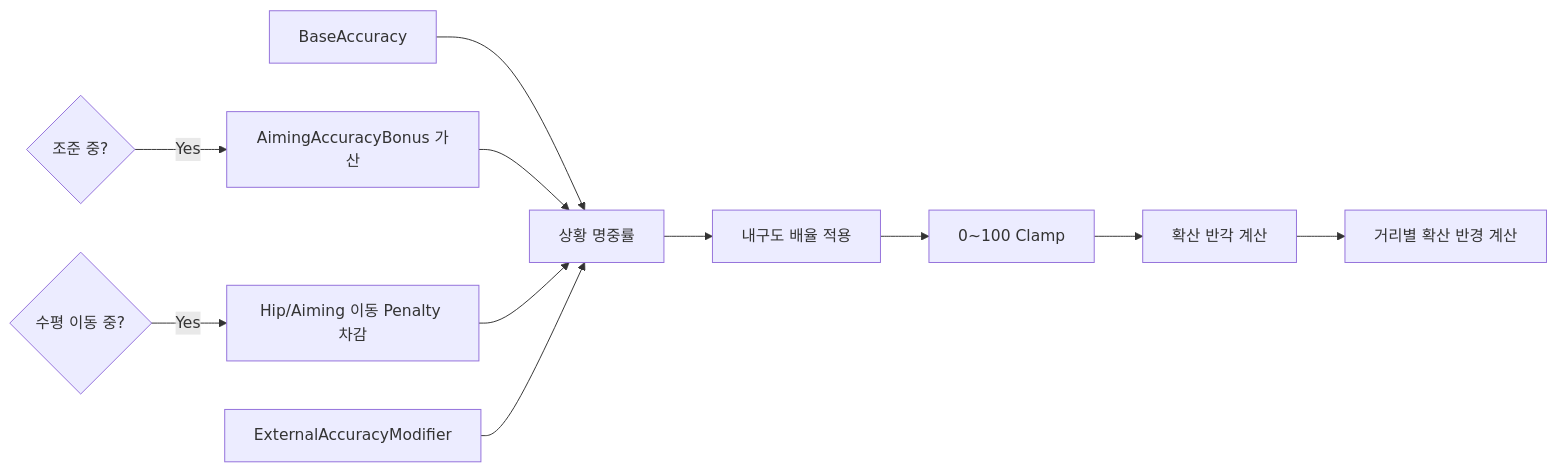
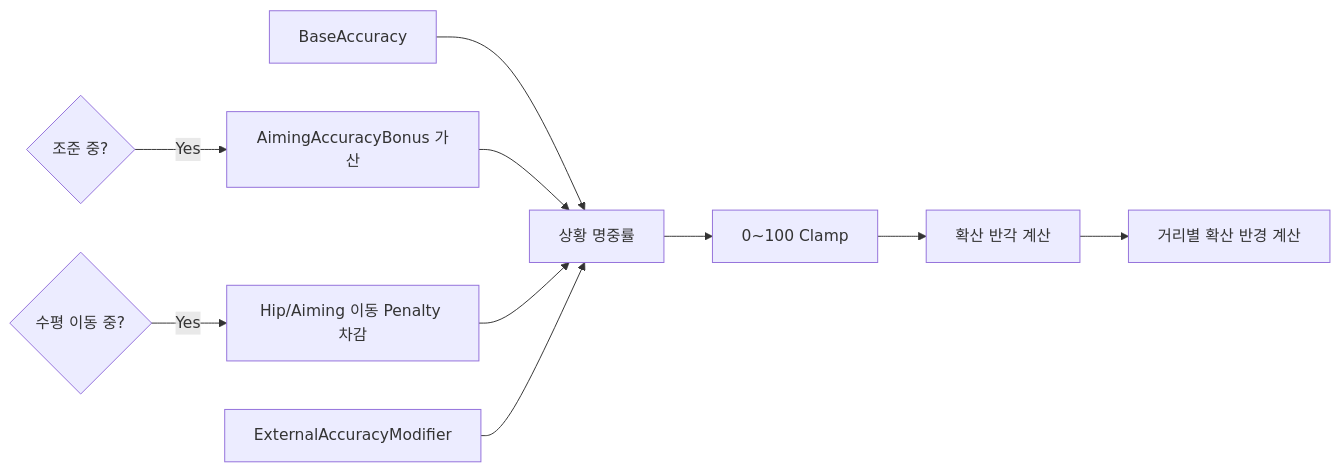
Before and after one commit to liang2papa/Astra_Docs: the third of 5 diagrams in Wiki/03_시스템 설계/무기 조준·반동·명중률.md, drawn with Mermaid. The commit also changed other lines of this file and 22 other files, not shown here.

````diff
--- a/Wiki/03_시스템 설계/무기 조준·반동·명중률.md
+++ b/Wiki/03_시스템 설계/무기 조준·반동·명중률.md
@@ -189,11 +189,10 @@
 ```mermaid
 flowchart LR
     Base["BaseAccuracy"] --> Context["상황 명중률"]
     Aim{"조준 중?"} -->|Yes| AimBonus["AimingAccuracyBonus 가산"] --> Context
     Move{"수평 이동 중?"} -->|Yes| Penalty["Hip/Aiming 이동 Penalty 차감"] --> Context
     External["ExternalAccuracyModifier"] --> Context
-    Context --> Durability["내구도 배율 적용"]
-    Durability --> Clamp["0~100 Clamp"]
+    Context --> Clamp["0~100 Clamp"]
     Clamp --> Angle["확산 반각 계산"]
     Angle --> Radius["거리별 확산 반경 계산"]
 ```
````
